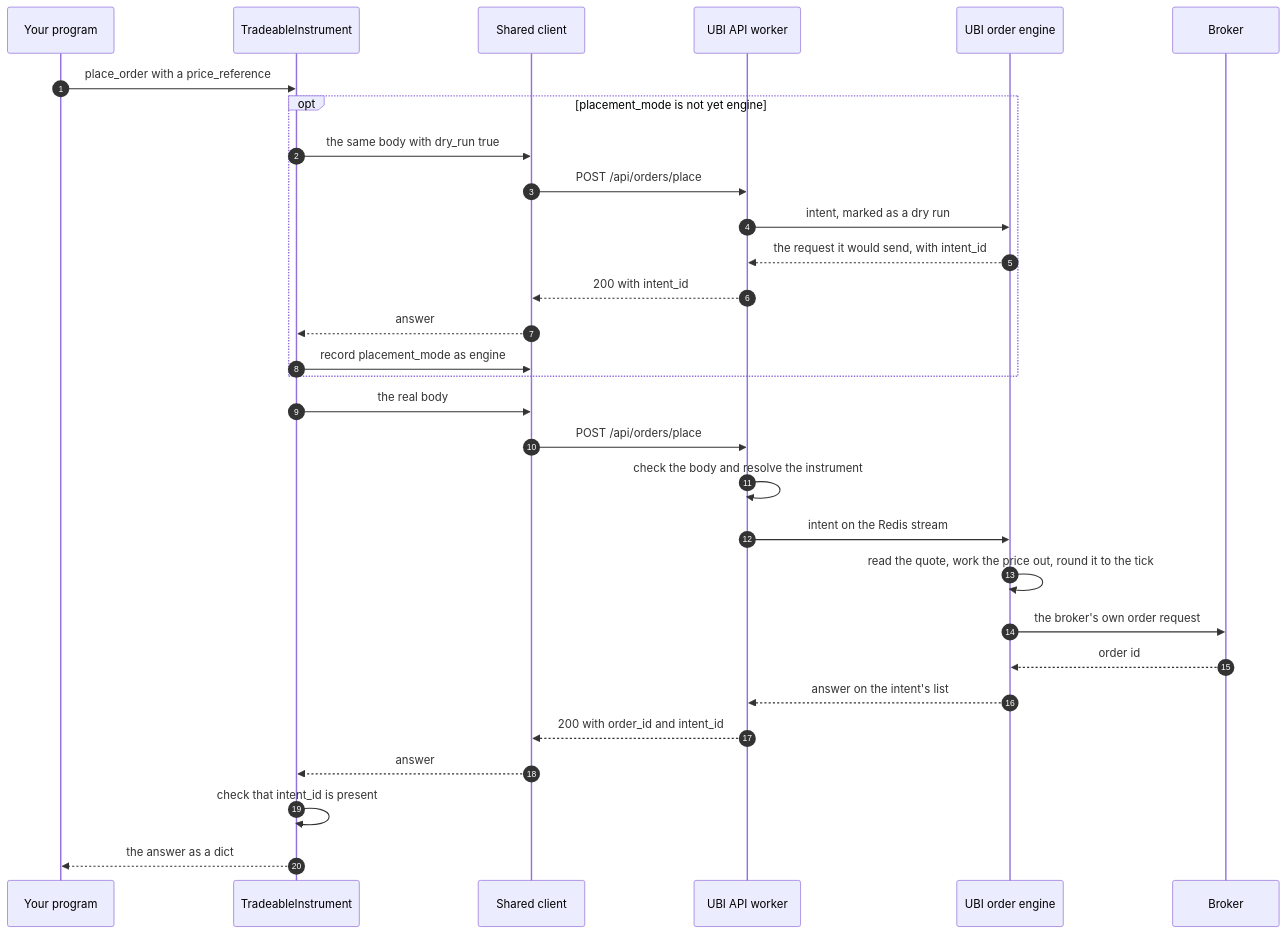
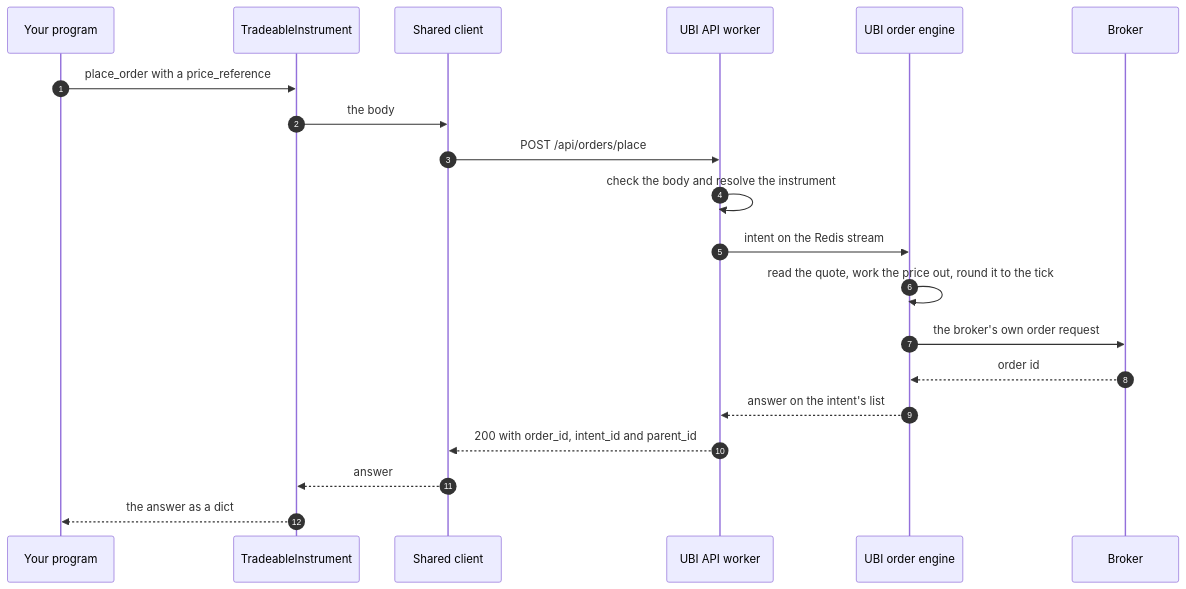
One commit to pramodathani/tradingmachine changed the diagram in docs/python-api/orders.md. Above: the diagram before and after it, drawn with Mermaid. The commit also changed other lines of this file and 29 other files, not shown here.

First line of the commit message:
Update the documentation site for UBI's order engine changes

````diff
--- a/docs/python-api/orders.md
+++ b/docs/python-api/orders.md
@@ -64,32 +69,22 @@
 ```mermaid
 sequenceDiagram
     autonumber
     participant P as Your program
     participant I as TradeableInstrument
     participant C as Shared client
     participant A as UBI API worker
     participant E as UBI order engine
     participant B as Broker
     P->>I: place_order with a price_reference
-    opt placement_mode is not yet engine
-        I->>C: the same body with dry_run true
-        C->>A: POST /api/orders/place
-        A->>E: intent, marked as a dry run
-        E-->>A: the request it would send, with intent_id
-        A-->>C: 200 with intent_id
-        C-->>I: answer
-        I->>C: record placement_mode as engine
-    end
-    I->>C: the real body
+    I->>C: the body
     C->>A: POST /api/orders/place
     A->>A: check the body and resolve the instrument
     A->>E: intent on the Redis stream
     E->>E: read the quote, work the price out, round it to the tick
     E->>B: the broker's own order request
     B-->>E: order id
     E-->>A: answer on the intent's list
-    A-->>C: 200 with order_id and intent_id
+    A-->>C: 200 with order_id, intent_id and parent_id
     C-->>I: answer
-    I->>I: check that intent_id is present
     I-->>P: the answer as a dict
 ```
````
